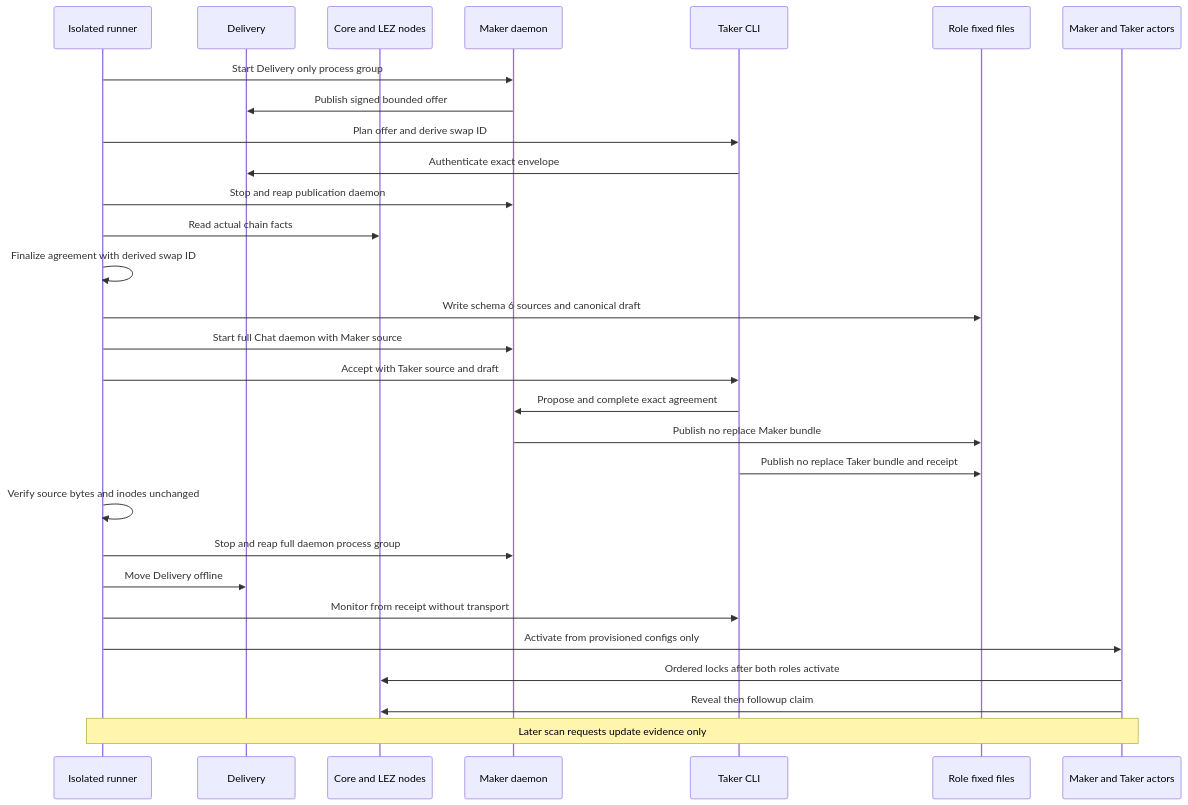
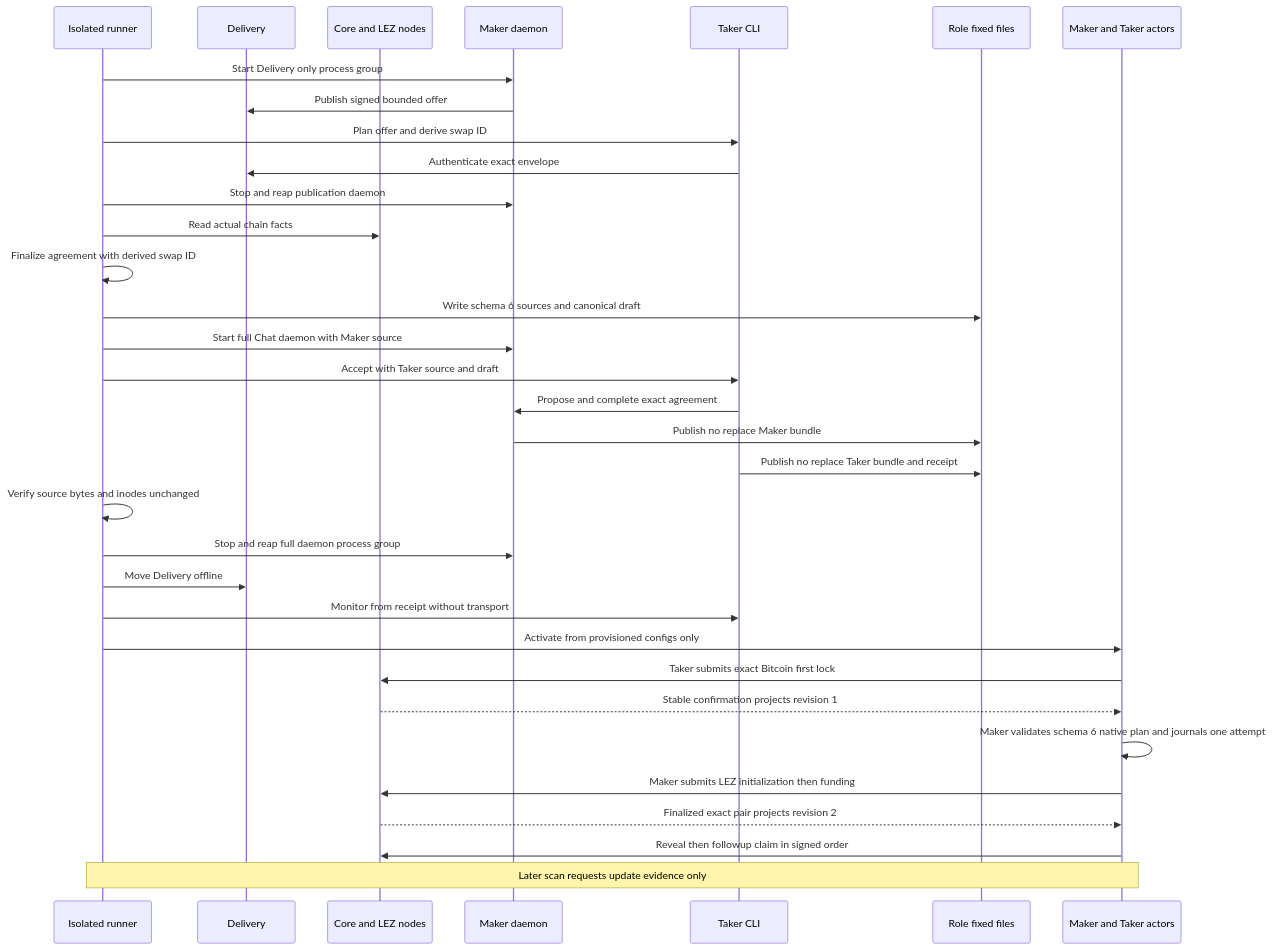
The third of 4 diagrams in docs/architecture/0109-hand-off-btc-from-chat-to-role-actors.md (gateway-fm/lez-atomic-swaps), drawn with Mermaid before and after one commit. The commit also changed other lines of this file and 3 other files, not shown here.

Commit message:
fix(m5): route supervised maker locks

````diff
--- a/docs/architecture/0109-hand-off-btc-from-chat-to-role-actors.md
+++ b/docs/architecture/0109-hand-off-btc-from-chat-to-role-actors.md
@@ -147,32 +147,36 @@
 ```mermaid
 sequenceDiagram
     participant R as Isolated runner
     participant X as Delivery
     participant N as Core and LEZ nodes
     participant D as Maker daemon
     participant T as Taker CLI
     participant F as Role fixed files
     participant A as Maker and Taker actors
 
     R->>D: Start Delivery only process group
     D->>X: Publish signed bounded offer
     R->>T: Plan offer and derive swap ID
     T->>X: Authenticate exact envelope
     R->>D: Stop and reap publication daemon
     R->>N: Read actual chain facts
     R->>R: Finalize agreement with derived swap ID
     R->>F: Write schema 6 sources and canonical draft
     R->>D: Start full Chat daemon with Maker source
     R->>T: Accept with Taker source and draft
     T->>D: Propose and complete exact agreement
     D->>F: Publish no replace Maker bundle
     T->>F: Publish no replace Taker bundle and receipt
     R->>R: Verify source bytes and inodes unchanged
     R->>D: Stop and reap full daemon process group
     R->>X: Move Delivery offline
     R->>T: Monitor from receipt without transport
     R->>A: Activate from provisioned configs only
-    A->>N: Ordered locks after both roles activate
-    A->>N: Reveal then followup claim
+    A->>N: Taker submits exact Bitcoin first lock
+    N-->>A: Stable confirmation projects revision 1
+    A->>A: Maker validates schema 6 native plan and journals one attempt
+    A->>N: Maker submits LEZ initialization then funding
+    N-->>A: Finalized exact pair projects revision 2
+    A->>N: Reveal then followup claim in signed order
     Note over R,A: Later scan requests update evidence only
 ```
````
